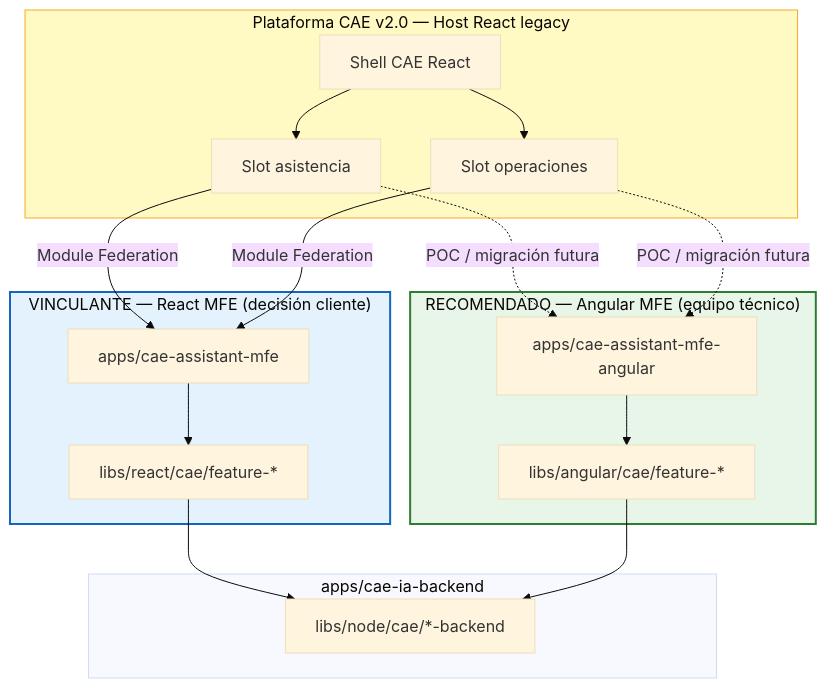
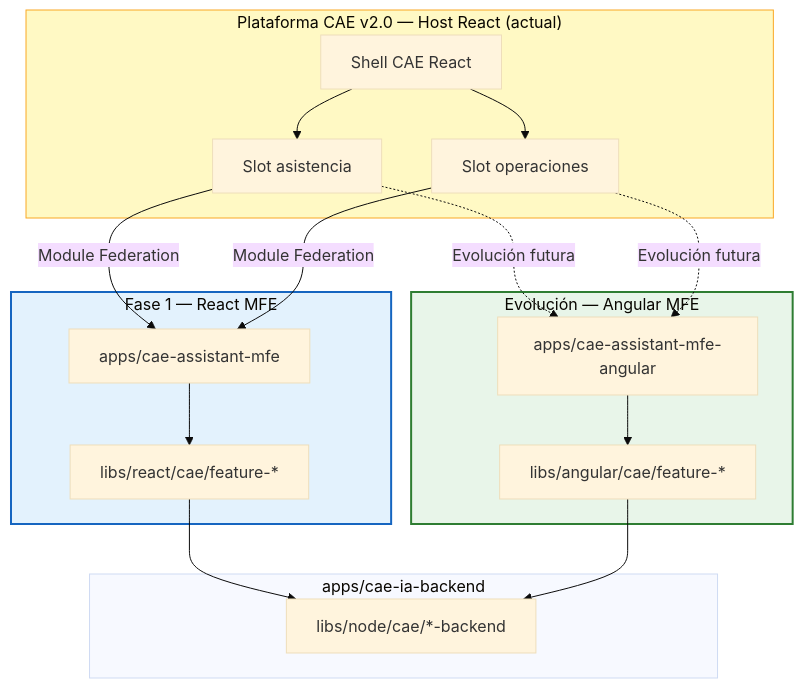
One commit to angelnietos/erp changed the diagram in caedocs/diagrams/06-mfe-react-angular.mmd. Above: the diagram before and after it, drawn with Mermaid (base theme). The commit also changed 9 other files, not shown here.

```diff
--- a/caedocs/diagrams/06-mfe-react-angular.mmd
+++ b/caedocs/diagrams/06-mfe-react-angular.mmd
@@ -1,31 +1,31 @@
 flowchart TB
-    subgraph CAE20["Plataforma CAE v2.0 — Host React legacy"]
+    subgraph CAE20["Plataforma CAE v2.0 — Host React (actual)"]
         SHELL["Shell CAE React"]
         SLOT1["Slot asistencia"]
         SLOT2["Slot operaciones"]
         SHELL --> SLOT1 & SLOT2
     end
 
-    subgraph REACT_MFE["VINCULANTE — React MFE (decisión cliente)"]
+    subgraph REACT_MFE["Fase 1 — React MFE"]
         R_APP["apps/cae-assistant-mfe"]
         R_LIB["libs/react/cae/feature-*"]
         R_APP --> R_LIB
     end
 
-    subgraph NG_MFE["RECOMENDADO — Angular MFE (equipo técnico)"]
+    subgraph NG_MFE["Evolución — Angular MFE"]
         A_APP["apps/cae-assistant-mfe-angular"]
         A_LIB["libs/angular/cae/feature-*"]
         A_APP --> A_LIB
     end
 
     subgraph API["apps/cae-ia-backend"]
         BE["libs/node/cae/*-backend"]
     end
 
     SLOT1 & SLOT2 -->|Module Federation| R_APP
-    SLOT1 & SLOT2 -.->|POC / migración futura| A_APP
+    SLOT1 & SLOT2 -.->|Evolución futura| A_APP
     R_LIB & A_LIB --> BE
 
     style REACT_MFE fill:#e3f2fd,stroke:#1565c0,stroke-width:2px
     style NG_MFE fill:#e8f5e9,stroke:#2e7d32,stroke-width:2px
     style CAE20 fill:#fff9c4,stroke:#f9a825
```
